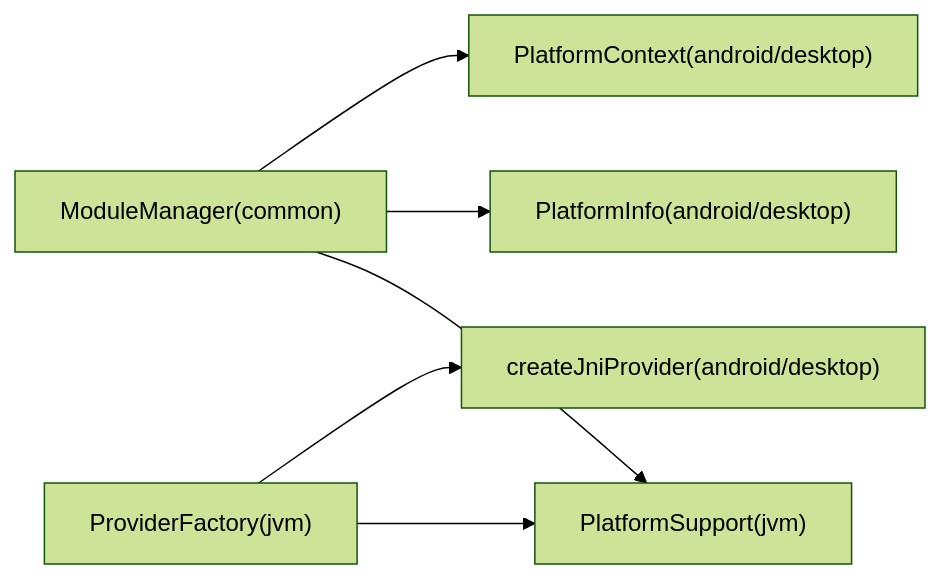
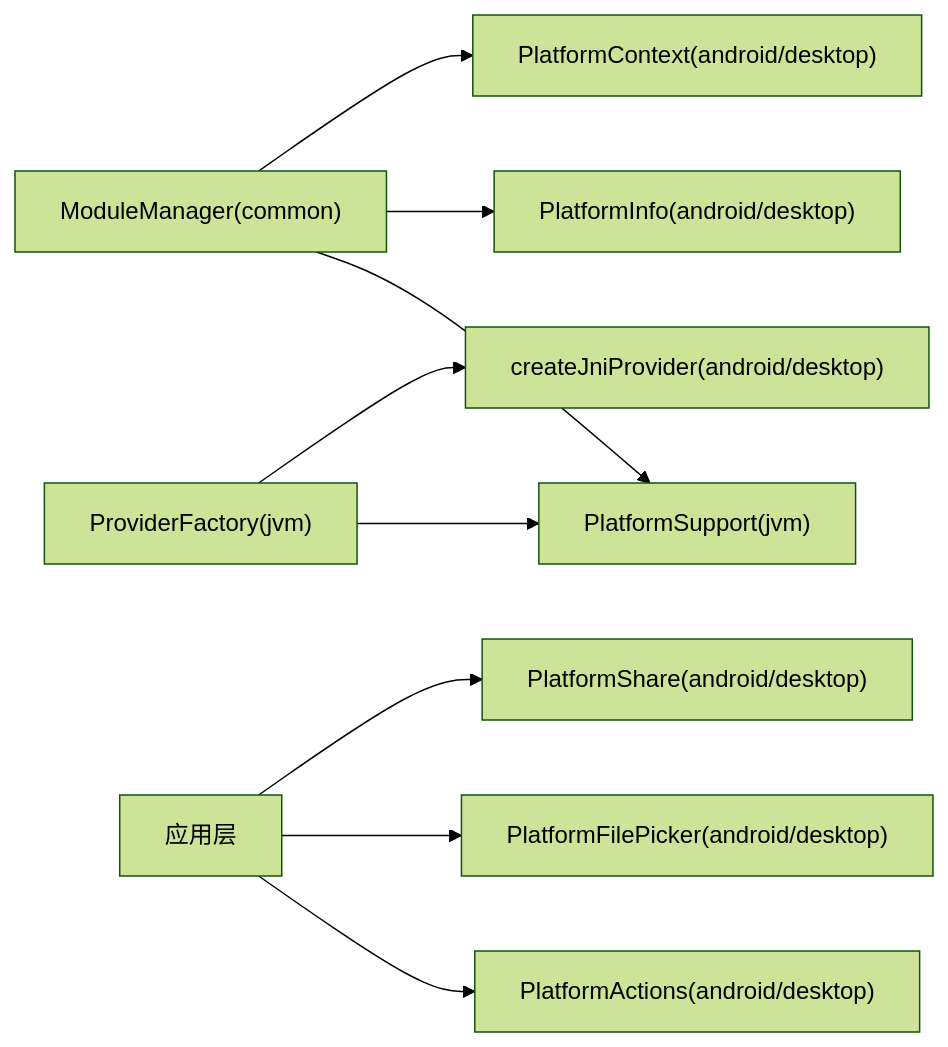
One commit to Aurora-Nasa-1/CPPlayer-KMP changed diagram 11 of 11 in .qoder/repowiki/zh/content/平台特定实现/平台抽象层设计/平台抽象接口设计.md. Above: the diagram before and after it, drawn with Mermaid (forest theme). The commit also changed other lines of this file and 47 other files, not shown here.

First line of the commit message:
feat(android_app_wrapper): 新增下载页面实现及本地音乐多选同步功能

````diff
--- a/.qoder/repowiki/zh/content/平台特定实现/平台抽象层设计/平台抽象接口设计.md
+++ b/.qoder/repowiki/zh/content/平台特定实现/平台抽象层设计/平台抽象接口设计.md
@@ -316,8 +467,11 @@
 ```mermaid
 graph LR
 MM["ModuleManager(common)"] --> PS["PlatformSupport(jvm)"]
 MM --> PI["PlatformInfo(android/desktop)"]
 MM --> PC["PlatformContext(android/desktop)"]
 PF["ProviderFactory(jvm)"] --> PS
 PF --> PJ["createJniProvider(android/desktop)"]
+App["应用层"] --> PA["PlatformActions(android/desktop)"]
+App --> PFP["PlatformFilePicker(android/desktop)"]
+App --> PSR["PlatformShare(android/desktop)"]
 ```
````
